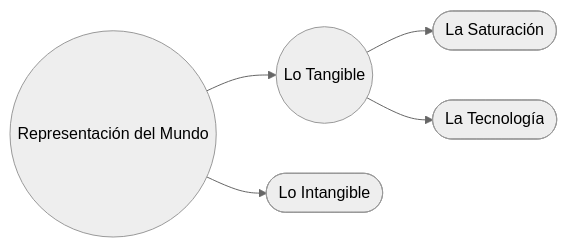
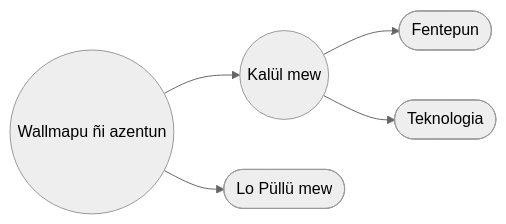
The diagram in MPD/tangible.md (EGGS-Artesvisuales/EGGS-Artesvisuales.github.io), drawn with Mermaid (neutral theme) before and after one commit. The commit also changed other lines of this file and 43 other files, not shown here.

```diff
--- a/MPD/tangible.md
+++ b/MPD/tangible.md
@@ -15,18 +15,18 @@
 <div class="mermaid">
 flowchart LR
-  representacion((Representación del Mundo))
-  tangible(("Lo Tangible"))
-  intangible(["Lo Intangible"])
+  representacion((Wallmapu ñi azentun))
+  tangible(("Kalül mew"))
+  intangible(["Lo Püllü mew"])
 
   representacion --> tangible
   representacion --> intangible
 
-  tangible --> saturacion(["La Saturación"])
-  tangible --> tecnologia(["La Tecnología"])
+  tangible --> saturacion(["Fentepun"])
+  tangible --> tecnologia(["Teknologia"])
 
-  click representacion "/MPD/mundo-exterior.html" "Ir a Representación del Mundo"
-  click tangible "/MPD/tangible.html" "Ir a Lo Tangible"
-  click saturacion "/MPD/saturacion.html" "Ir a La Saturación"
-  click tecnologia "/MPD/en-construccion.html" "Ir a La Tecnología"
-  click intangible "/MPD/intangible.html" "Ir a Lo Intangible"
+  click representacion "/MPD/mundo-exterior.html" "Ir a Wallmapu ñi azentun"
+  click tangible "/MPD/tangible.html" "Ir a Kalül mew"
+  click saturacion "/MPD/saturacion.html" "Ir a Fentepun"
+  click tecnologia "/MPD/en-construccion.html" "Ir a Teknologia"
+  click intangible "/MPD/intangible.html" "Ir a Lo Püllü mew"
 </div>
```
